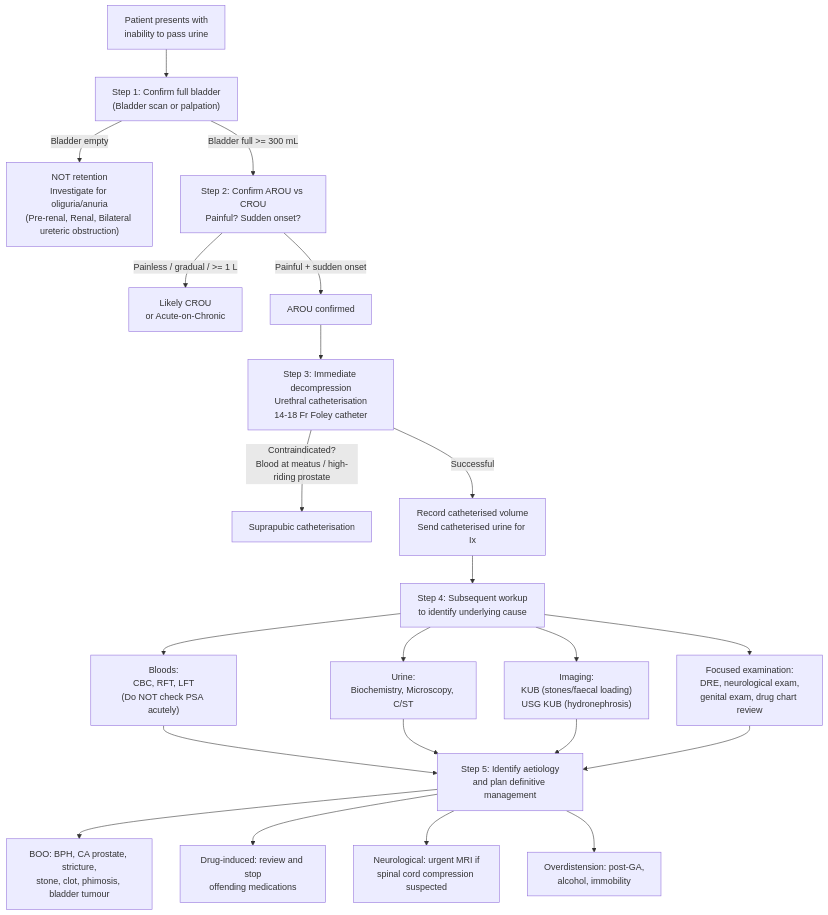
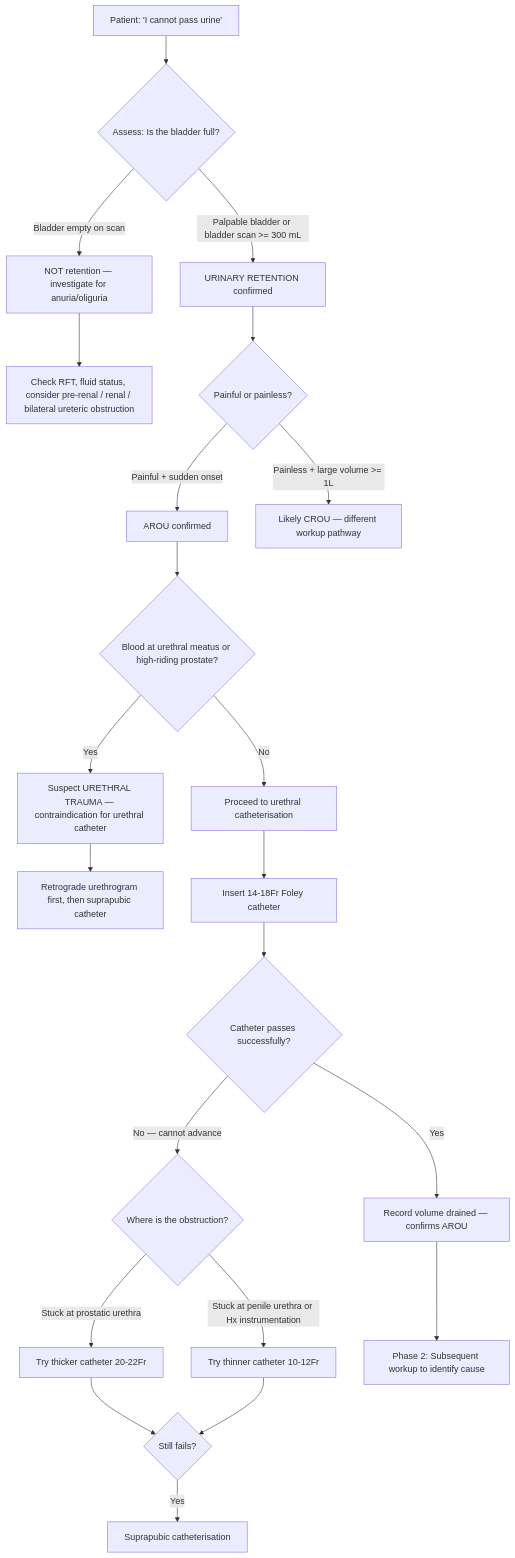
Before and after one commit to techjason/mbbspedia: the first of 2 diagrams in content/fragments/general-surgery/acute-retention-of-urine/dx.mdx, drawn with Mermaid. The commit also changed other lines of this file and 61 other files, not shown here.

````diff
--- a/content/fragments/general-surgery/acute-retention-of-urine/dx.mdx
+++ b/content/fragments/general-surgery/acute-retention-of-urine/dx.mdx
@@ -46,24 +31,28 @@
 ```mermaid
-flowchart TD
-    A["Patient presents with\ninability to pass urine"] --> B["Step 1: Confirm full bladder\n(Bladder scan or palpation)"]
-    B -- "Bladder empty" --> C["NOT retention\nInvestigate for oliguria/anuria\n(Pre-renal, Renal, Bilateral ureteric obstruction)"]
-    B -- "Bladder full >= 300 mL" --> D["Step 2: Confirm AROU vs CROU\nPainful? Sudden onset?"]
-    D -- "Painless / gradual / >= 1 L" --> E["Likely CROU\nor Acute-on-Chronic"]
-    D -- "Painful + sudden onset" --> F["AROU confirmed"]
-    F --> G["Step 3: Immediate decompression\nUrethral catheterisation\n14-18 Fr Foley catheter"]
-    G -- "Contraindicated?\nBlood at meatus / high-riding prostate" --> H["Suprapubic catheterisation"]
-    G -- "Successful" --> I["Record catheterised volume\nSend catheterised urine for Ix"]
-    I --> J["Step 4: Subsequent workup\nto identify underlying cause"]
-    J --> J1["Bloods:\nCBC, RFT, LFT\n(Do NOT check PSA acutely)"]
-    J --> J2["Urine:\nBiochemistry, Microscopy, C/ST"]
-    J --> J3["Imaging:\nKUB (stones/faecal loading)\nUSG KUB (hydronephrosis)"]
-    J --> J4["Focused examination:\nDRE, neurological exam,\ngenital exam, drug chart review"]
-    J1 --> K["Step 5: Identify aetiology\nand plan definitive management"]
-    J2 --> K
-    J3 --> K
-    J4 --> K
-    K --> K1["BOO: BPH, CA prostate, stricture,\nstone, clot, phimosis, bladder tumour"]
-    K --> K2["Drug-induced: review and stop\noffending medications"]
-    K --> K3["Neurological: urgent MRI if\nspinal cord compression suspected"]
-    K --> K4["Overdistension: post-GA,\nalcohol, immobility"]
+graph TD
+    A["Patient: 'I cannot pass urine'"] --> B{"Assess: Is the bladder full?"}
+    B -->|"Palpable bladder or bladder scan >= 300 mL"| C["URINARY RETENTION confirmed"]
+    B -->|"Bladder empty on scan"| D["NOT retention — investigate for anuria/oliguria"]
+    D --> D1["Check RFT, fluid status, consider pre-renal / renal / bilateral ureteric obstruction"]
+    
+    C --> E{"Painful or painless?"}
+    E -->|"Painful + sudden onset"| F["AROU confirmed"]
+    E -->|"Painless + large volume >= 1L"| G["Likely CROU — different workup pathway"]
+    
+    F --> H{"Blood at urethral meatus or high-riding prostate?"}
+    H -->|"Yes"| I["Suspect URETHRAL TRAUMA — contraindication for urethral catheter"]
+    I --> I1["Retrograde urethrogram first, then suprapubic catheter"]
+    H -->|"No"| J["Proceed to urethral catheterisation"]
+    
+    J --> K["Insert 14-18Fr Foley catheter"]
+    K --> L{"Catheter passes successfully?"}
+    L -->|"Yes"| M["Record volume drained — confirms AROU"]
+    L -->|"No — cannot advance"| N{"Where is the obstruction?"}
+    N -->|"Stuck at prostatic urethra"| O["Try thicker catheter 20-22Fr"]
+    N -->|"Stuck at penile urethra or Hx instrumentation"| P["Try thinner catheter 10-12Fr"]
+    O --> Q{"Still fails?"}
+    P --> Q
+    Q -->|"Yes"| R["Suprapubic catheterisation"]
+    
+    M --> S["Phase 2: Subsequent workup to identify cause"]
 ```
````
